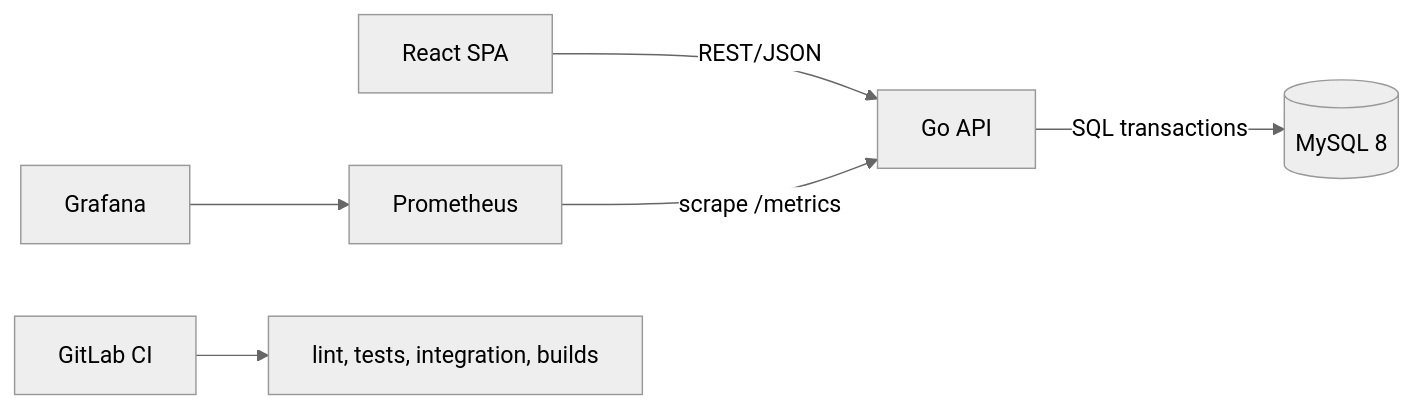
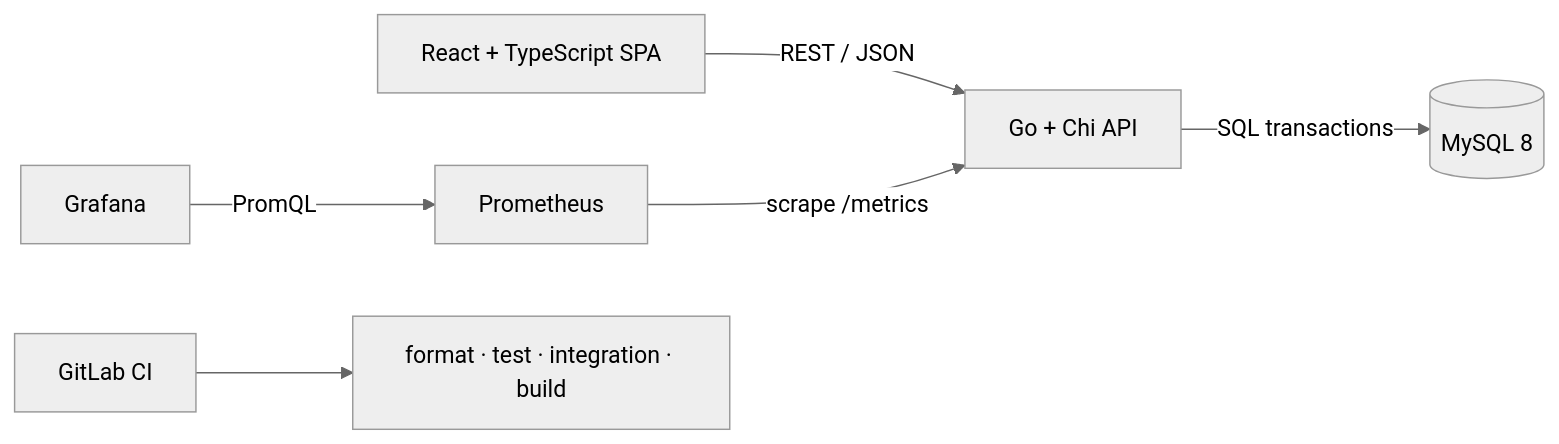
The second of 2 diagrams in README.md (Toudopooks/payflow), drawn with Mermaid (neutral theme) before and after one commit. The commit also changed other lines of this file and 1 other file, not shown here.

````diff
--- a/README.md
+++ b/README.md
@@ -13,8 +121,8 @@
 ```mermaid
 flowchart LR
-  Browser[React SPA] -->|REST/JSON| API[Go API]
-  API -->|SQL transactions| DB[(MySQL 8)]
-  Prometheus -->|scrape /metrics| API
-  Grafana --> Prometheus
-  GitLab[GitLab CI] --> Checks[lint, tests, integration, builds]
+    Browser[React + TypeScript SPA] -->|REST / JSON| API[Go + Chi API]
+    API -->|SQL transactions| DB[(MySQL 8)]
+    Prometheus -->|scrape /metrics| API
+    Grafana -->|PromQL| Prometheus
+    GitLab[GitLab CI] --> Checks[format · test · integration · build]
 ```
````
